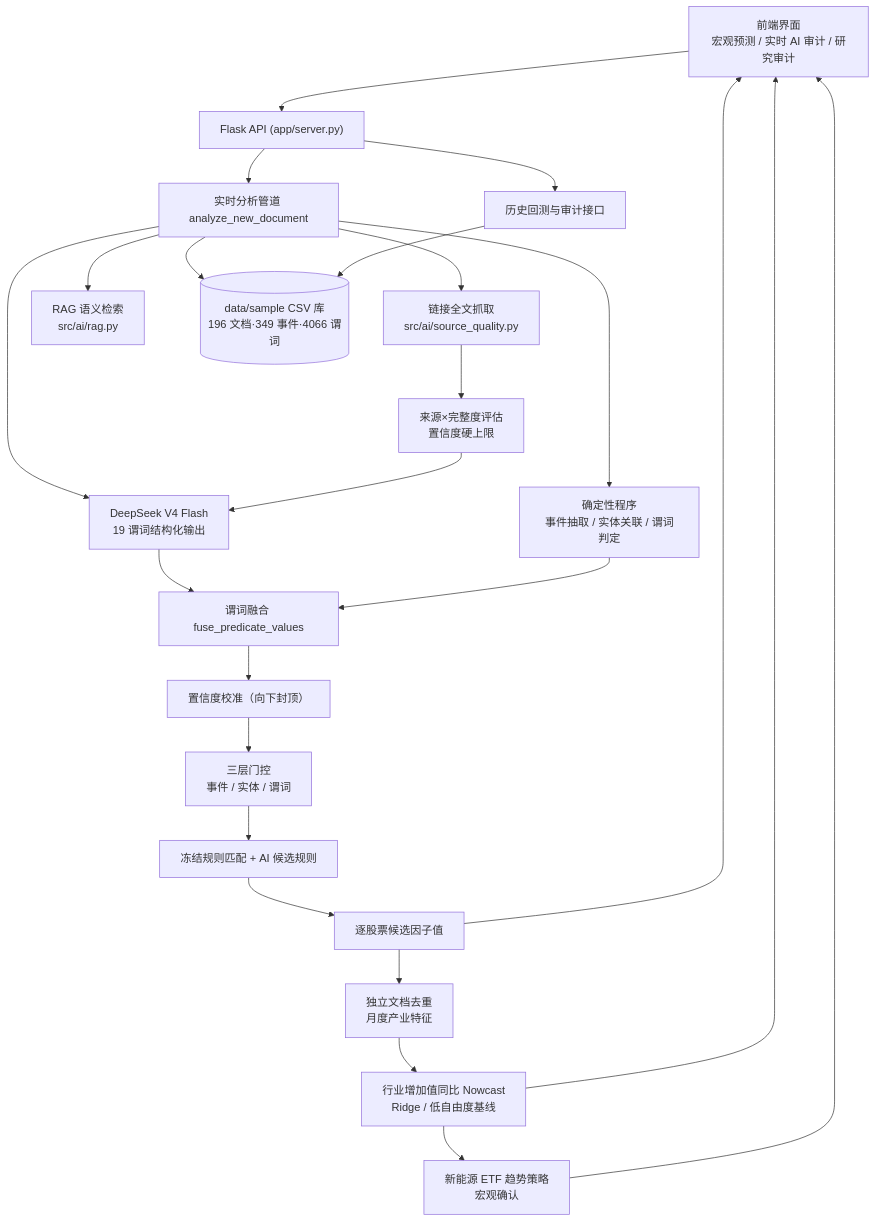
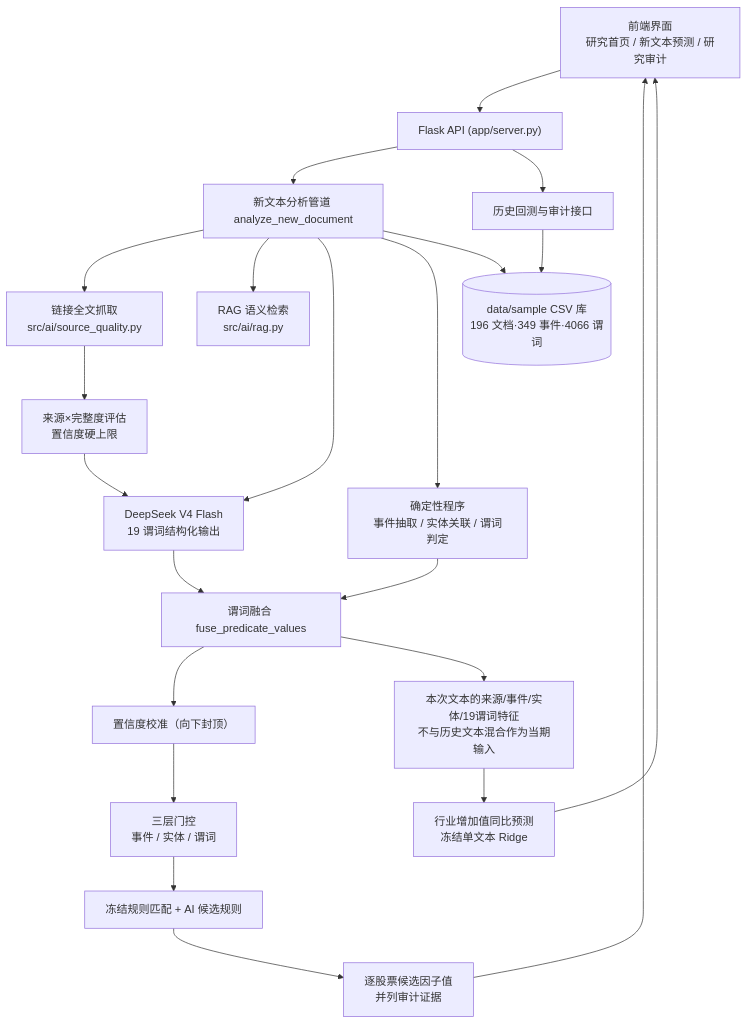
Before and after one commit to chiiiiiiing/Gonghangbei: the diagram in README.md, drawn with Mermaid. The commit also changed other lines of this file and 31 other files, not shown here.

````diff
--- a/README.md
+++ b/README.md
@@ -66,29 +66,27 @@
 ```mermaid
 flowchart TD
-    UI["前端界面<br/>宏观预测 / 实时 AI 审计 / 研究审计"] --> API["Flask API (app/server.py)"]
-    API --> LIVE["实时分析管道 analyze_new_document"]
+    UI["前端界面<br/>研究首页 / 新文本预测 / 研究审计"] --> API["Flask API (app/server.py)"]
+    API --> LIVE["新文本分析管道 analyze_new_document"]
     API --> HIST["历史回测与审计接口"]
 
     LIVE --> FETCH["链接全文抓取<br/>src/ai/source_quality.py"]
     LIVE --> RAG["RAG 语义检索<br/>src/ai/rag.py"]
     LIVE --> AI["DeepSeek V4 Flash<br/>19 谓词结构化输出"]
     LIVE --> DET["确定性程序<br/>事件抽取 / 实体关联 / 谓词判定"]
 
     FETCH --> QUALITY["来源×完整度评估<br/>置信度硬上限"]
     QUALITY --> AI
     AI --> FUSE["谓词融合 fuse_predicate_values"]
     DET --> FUSE
     FUSE --> CAL["置信度校准（向下封顶）"]
     CAL --> GATE["三层门控<br/>事件 / 实体 / 谓词"]
     GATE --> RULE["冻结规则匹配 + AI 候选规则"]
-    RULE --> FACTOR["逐股票候选因子值"]
-    FACTOR --> MONTH["独立文档去重<br/>月度产业特征"]
-    MONTH --> NOWCAST["行业增加值同比 Nowcast<br/>Ridge / 低自由度基线"]
-    NOWCAST --> STRATEGY["新能源 ETF 趋势策略<br/>宏观确认"]
+    RULE --> FACTOR["逐股票候选因子值<br/>并列审计证据"]
+    FUSE --> SINGLE["本次文本的来源/事件/实体/19谓词特征<br/>不与历史文本混合作为当期输入"]
+    SINGLE --> PREDICT["行业增加值同比预测<br/>冻结单文本 Ridge"]
 
     LIVE --> CSV[("data/sample CSV 库<br/>196 文档·349 事件·4066 谓词")]
     HIST --> CSV
     FACTOR --> UI
-    NOWCAST --> UI
-    STRATEGY --> UI
+    PREDICT --> UI
 ```
````
